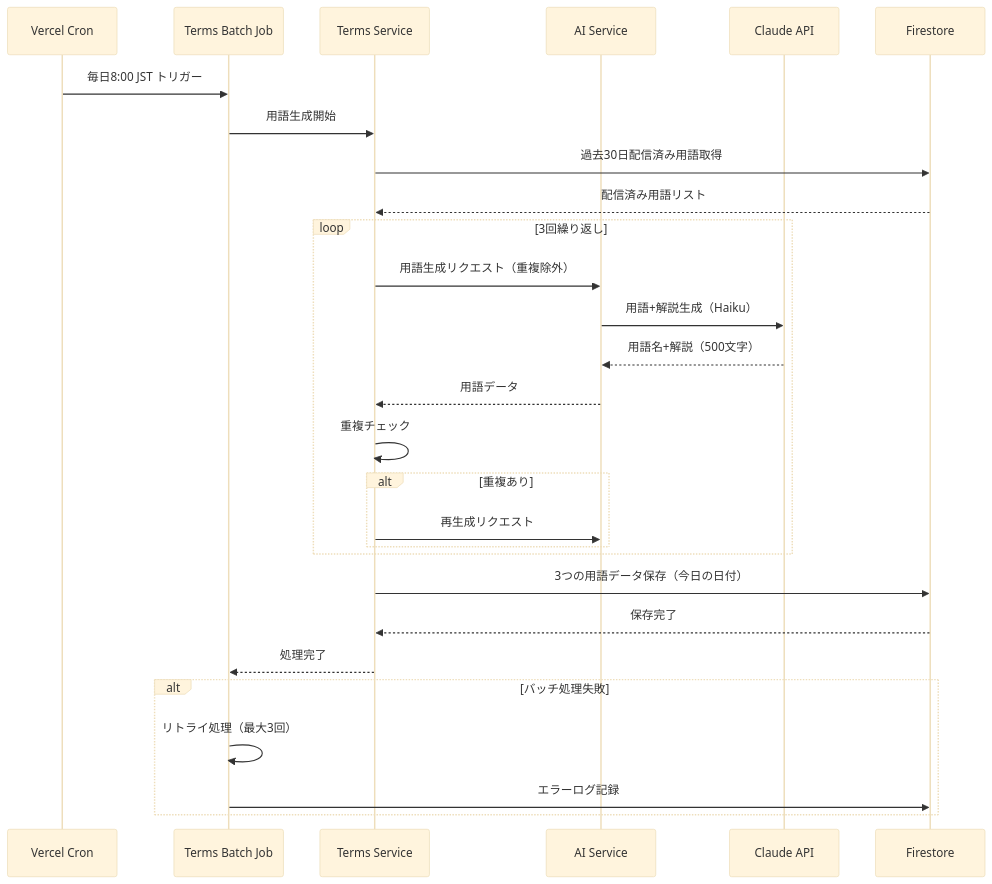
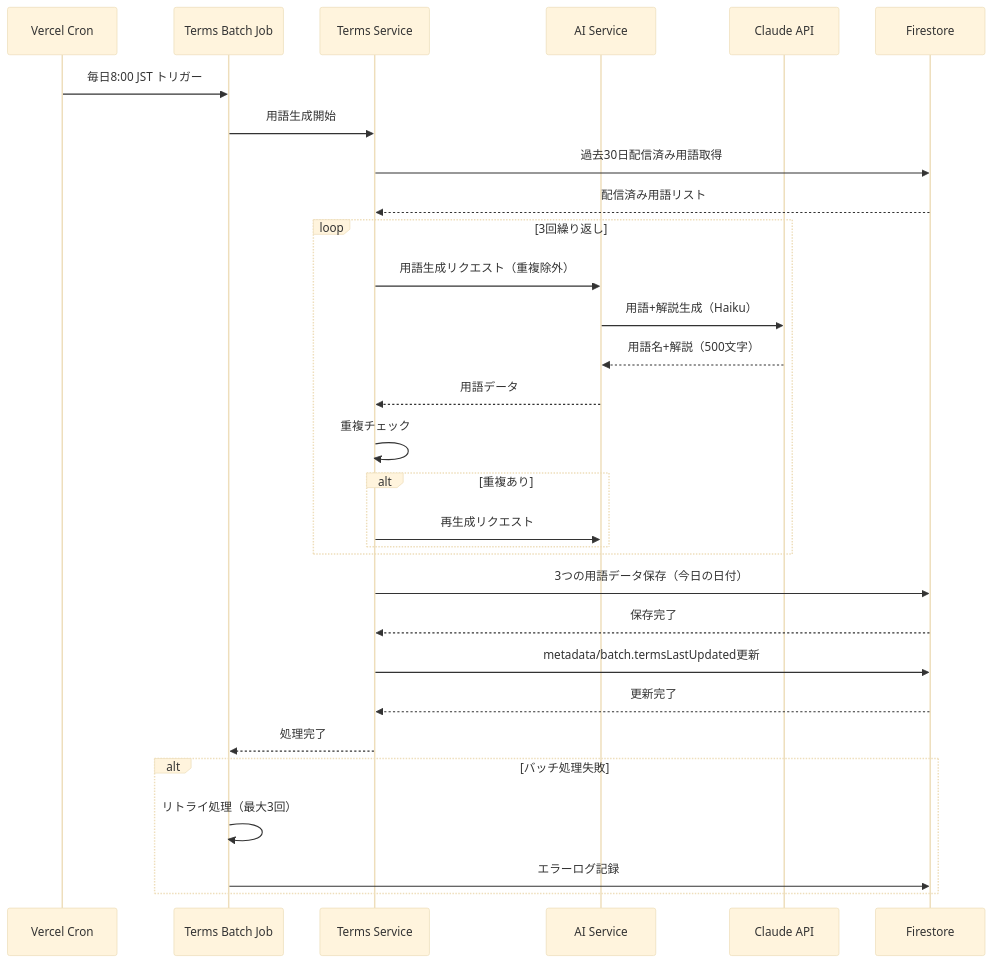
Before and after one commit to acmk189/invest-learning-app: the third of 4 diagrams in .kiro/specs/investment-news-app/design.md, drawn with Mermaid (base theme). The commit also changed other lines of this file and 7 other files, not shown here.

````diff
--- a/.kiro/specs/investment-news-app/design.md
+++ b/.kiro/specs/investment-news-app/design.md
@@ -185,34 +188,36 @@
 ```mermaid
 sequenceDiagram
     participant Cron as Vercel Cron
     participant TermsJob as Terms Batch Job
     participant TermsService as Terms Service
     participant AIService as AI Service
     participant ClaudeAPI as Claude API
     participant Firestore as Firestore
 
     Cron->>TermsJob: 毎日8:00 JST トリガー
     TermsJob->>TermsService: 用語生成開始
     TermsService->>Firestore: 過去30日配信済み用語取得
     Firestore-->>TermsService: 配信済み用語リスト
 
     loop 3回繰り返し
         TermsService->>AIService: 用語生成リクエスト（重複除外）
         AIService->>ClaudeAPI: 用語+解説生成（Haiku）
         ClaudeAPI-->>AIService: 用語名+解説（500文字）
         AIService-->>TermsService: 用語データ
         TermsService->>TermsService: 重複チェック
         alt 重複あり
             TermsService->>AIService: 再生成リクエスト
         end
     end
 
     TermsService->>Firestore: 3つの用語データ保存（今日の日付）
     Firestore-->>TermsService: 保存完了
+    TermsService->>Firestore: metadata/batch.termsLastUpdated更新
+    Firestore-->>TermsService: 更新完了
     TermsService-->>TermsJob: 処理完了
 
     alt バッチ処理失敗
         TermsJob->>TermsJob: リトライ処理（最大3回）
         TermsJob->>Firestore: エラーログ記録
     end
 ```
````
